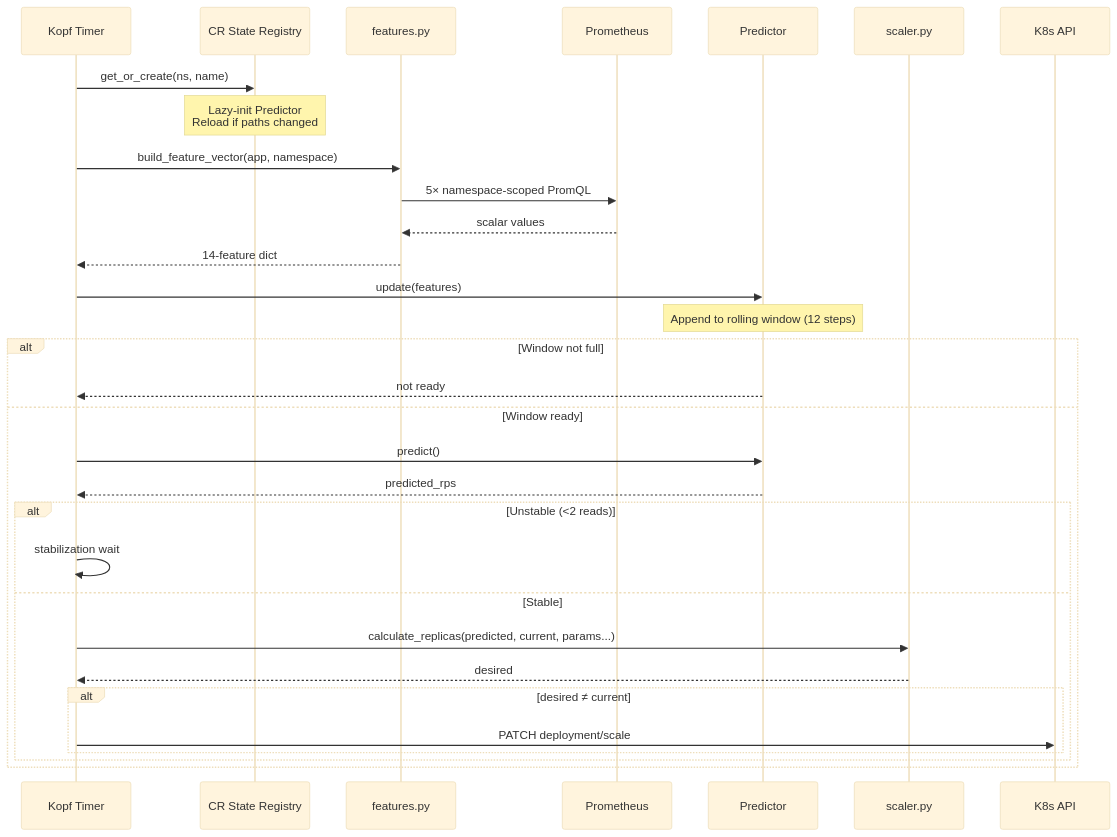
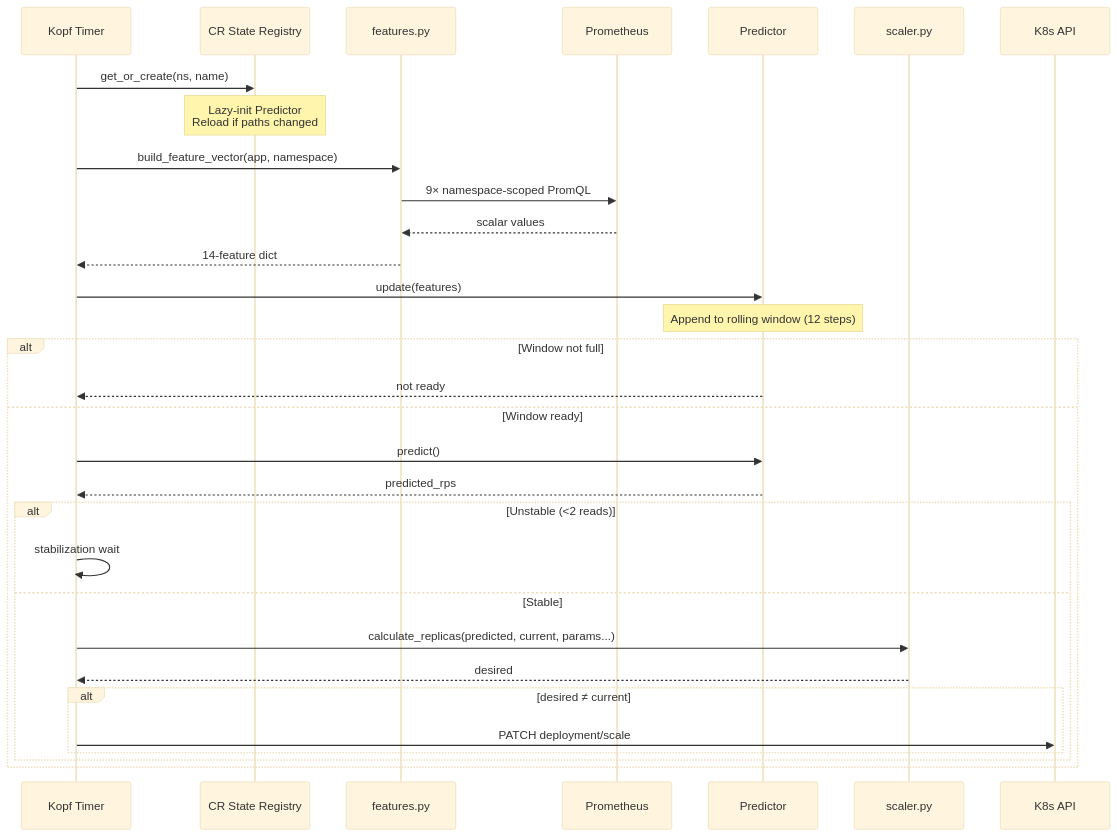
The third of 4 diagrams in docs/architecture/ml_operator.md (VatsalUmrania/predictive_pod_autoscaler), drawn with Mermaid (base theme) before and after one commit. The commit also changed other lines of this file and 18 other files, not shown here.

````diff
--- a/docs/architecture/ml_operator.md
+++ b/docs/architecture/ml_operator.md
@@ -182,39 +182,39 @@
 ```mermaid
 sequenceDiagram
     participant Timer as Kopf Timer
     participant Reg as CR State Registry
     participant Feat as features.py
     participant Prom as Prometheus
     participant Pred as Predictor
     participant Scaler as scaler.py
     participant K8s as K8s API
 
     Timer->>Reg: get_or_create(ns, name)
     Note over Reg: Lazy-init Predictor<br/>Reload if paths changed
 
     Timer->>Feat: build_feature_vector(app, namespace)
-    Feat->>Prom: 5× namespace-scoped PromQL
+    Feat->>Prom: 9× namespace-scoped PromQL
     Prom-->>Feat: scalar values
     Feat-->>Timer: 14-feature dict
 
     Timer->>Pred: update(features)
     Note over Pred: Append to rolling window (12 steps)
 
     alt Window not full
         Pred-->>Timer: not ready
     else Window ready
         Timer->>Pred: predict()
         Pred-->>Timer: predicted_rps
 
         alt Unstable (<2 reads)
             Timer->>Timer: stabilization wait
         else Stable
             Timer->>Scaler: calculate_replicas(predicted, current, params...)
             Scaler-->>Timer: desired
 
             alt desired ≠ current
                 Timer->>K8s: PATCH deployment/scale
             end
         end
     end
 ```
````
